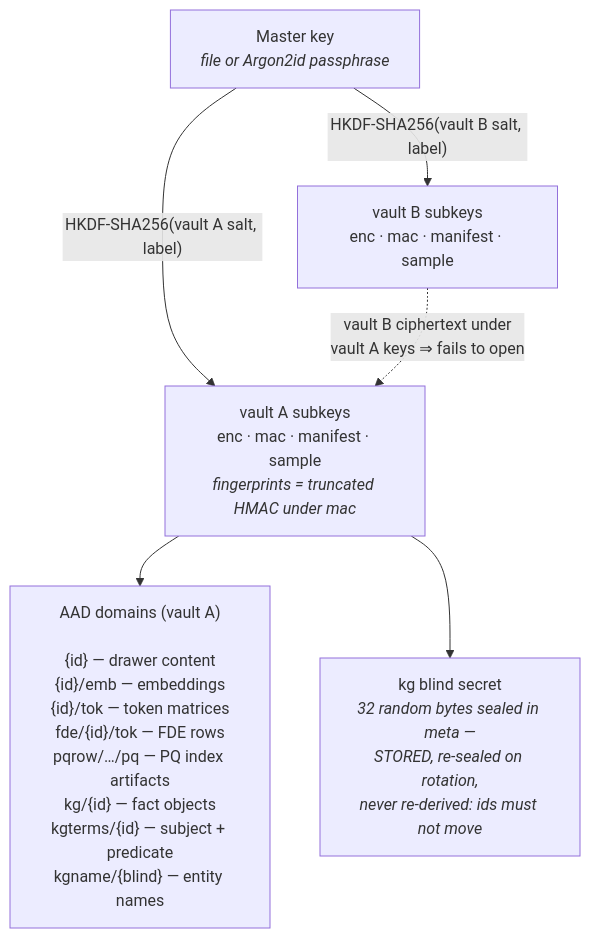
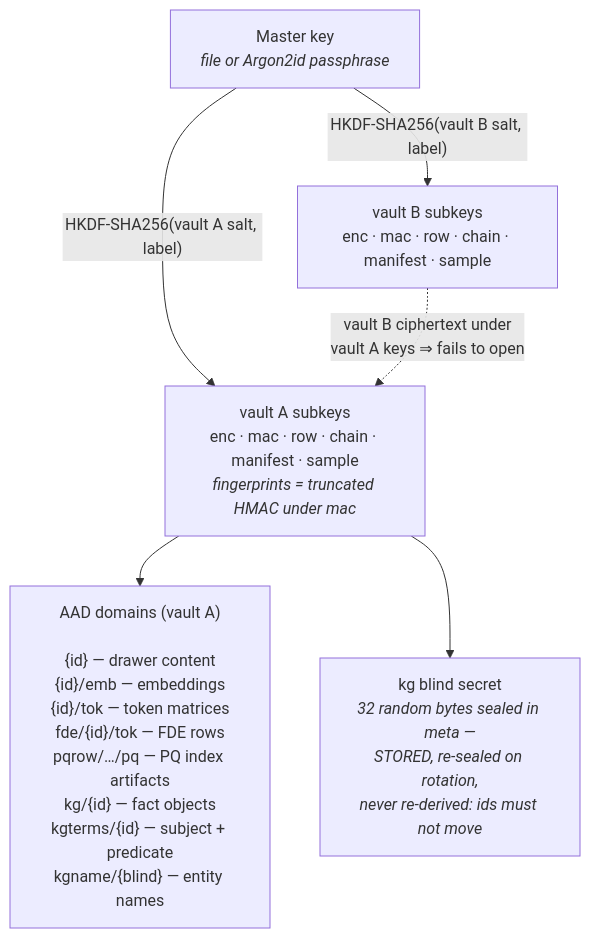
Before and after one commit to sealcroft/undercroft: the second of 4 diagrams in docs/architecture.md, drawn with Mermaid. The commit also changed 50 other files, not shown here.

First line of the commit message:
O406: version-2 row canonicals under a row subkey, the one walk at a writable open, and verify's identity and shape legs

````diff
--- a/docs/architecture.md
+++ b/docs/architecture.md
@@ -107,9 +107,9 @@
 ```mermaid
 flowchart TB
     master["Master key<br/><i>file or Argon2id passphrase</i>"]
-    master -- "HKDF-SHA256(vault A salt, label)" --> ka["vault A subkeys<br/>enc · mac · manifest · sample<br/><i>fingerprints = truncated HMAC under mac</i>"]
-    master -- "HKDF-SHA256(vault B salt, label)" --> kb["vault B subkeys<br/>enc · mac · manifest · sample"]
+    master -- "HKDF-SHA256(vault A salt, label)" --> ka["vault A subkeys<br/>enc · mac · row · chain · manifest · sample<br/><i>fingerprints = truncated HMAC under mac</i>"]
+    master -- "HKDF-SHA256(vault B salt, label)" --> kb["vault B subkeys<br/>enc · mac · row · chain · manifest · sample"]
     ka --> doms["AAD domains (vault A)<br/><br/>{id} — drawer content<br/>{id}/emb — embeddings<br/>{id}/tok — token matrices<br/>fde/{id}/tok — FDE rows<br/>pqrow/…/pq — PQ index artifacts<br/>kg/{id} — fact objects<br/>kgterms/{id} — subject + predicate<br/>kgname/{blind} — entity names"]
     ka --> kgs["kg blind secret<br/><i>32 random bytes sealed in meta —<br/>STORED, re-sealed on rotation,<br/>never re-derived: ids must not move</i>"]
     kb -. "vault B ciphertext under<br/>vault A keys ⇒ fails to open" .-> ka
 ```
````
